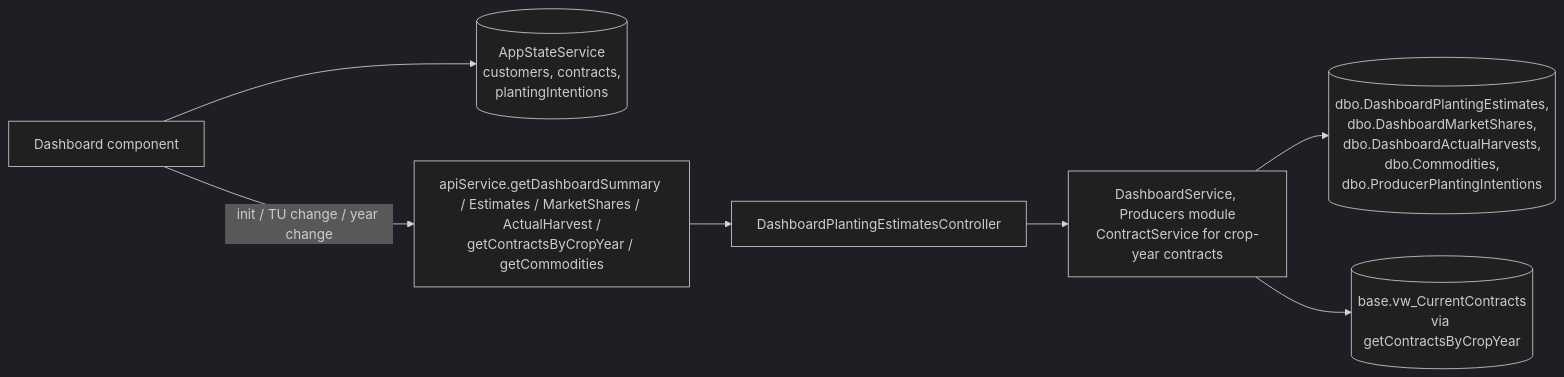
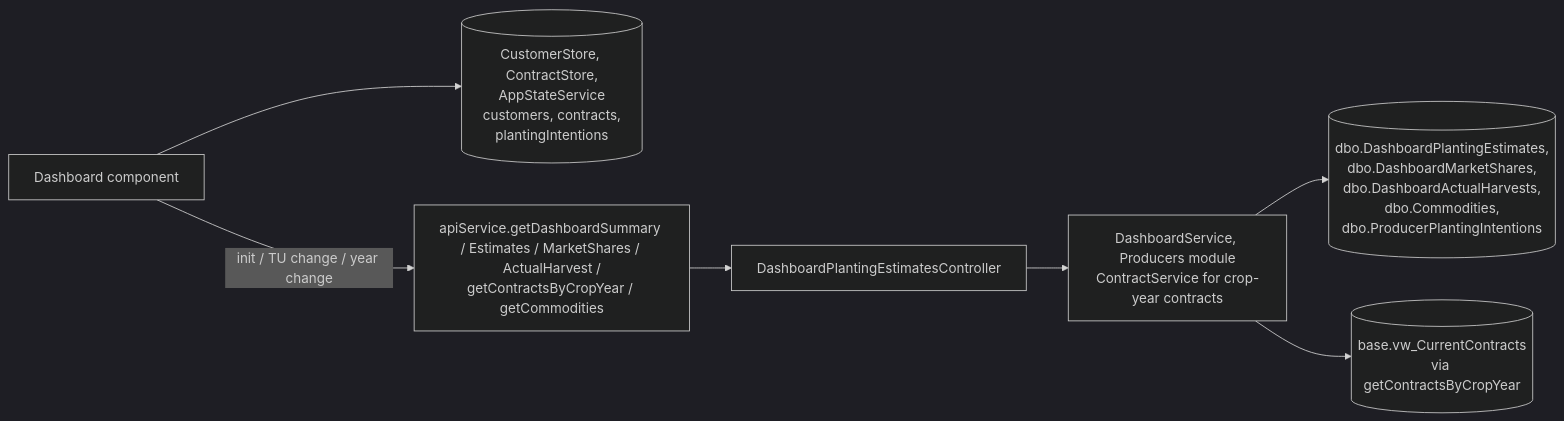
Before and after one commit to GrosseLimace/origination: the diagram in docs/application-context/Planting Intentions Dashboard.md, drawn with Mermaid (dark theme). The commit also changed other lines of this file and 51 other files, not shown here.

````diff
--- a/docs/application-context/Planting Intentions Dashboard.md
+++ b/docs/application-context/Planting Intentions Dashboard.md
@@ -45,15 +45,15 @@
 ```mermaid
 flowchart LR
     UI[Dashboard component]
-    Cached[(AppStateService<br/>customers, contracts,<br/>plantingIntentions)]
+    Cached[(CustomerStore, ContractStore,<br/>AppStateService<br/>customers, contracts,<br/>plantingIntentions)]
     Fresh[apiService.getDashboardSummary / Estimates / MarketShares / ActualHarvest /<br/>getContractsByCropYear / getCommodities]
     CTL[DashboardPlantingEstimatesController]
     SVC[DashboardService, Producers module<br/>ContractService for crop-year contracts]
     APP[(dbo.DashboardPlantingEstimates,<br/>dbo.DashboardMarketShares,<br/>dbo.DashboardActualHarvests,<br/>dbo.Commodities,<br/>dbo.ProducerPlantingIntentions)]
     ODS[(base.vw_CurrentContracts<br/>via getContractsByCropYear)]
 
     UI -- "init / TU change / year change" --> Fresh
     UI --> Cached
     Fresh --> CTL --> SVC --> APP
     SVC --> ODS
 ```
````
